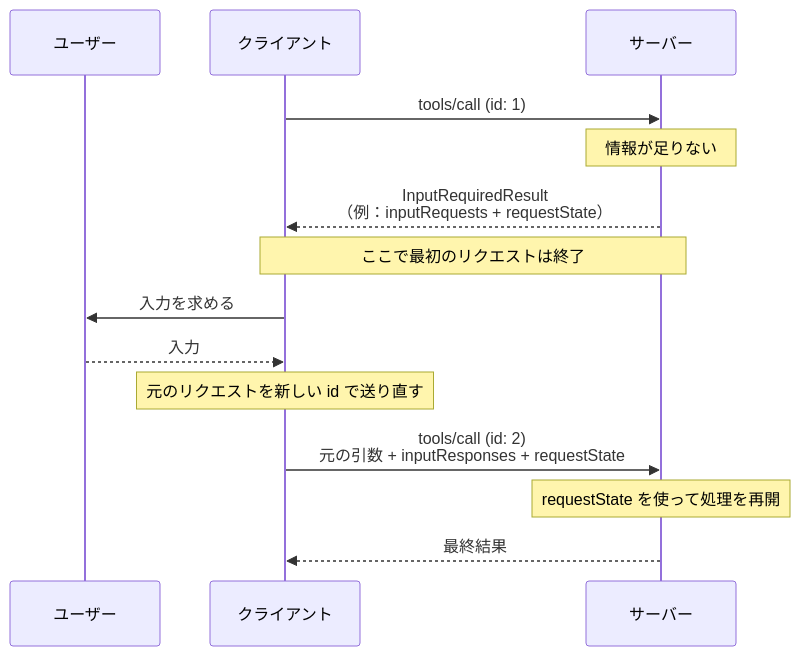
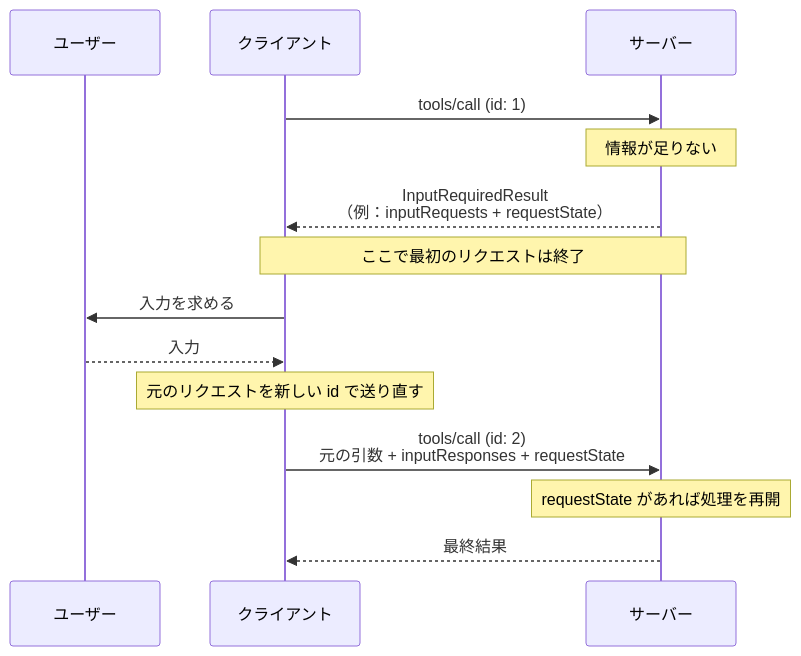
Before and after one commit to yamazaki-yuki-23/qiita-tech-blogs: the fourth of 5 diagrams in public/2026-08-mcp-2026-07-28.md, drawn with Mermaid. The commit also changed other lines of this file, not shown here.

````diff
--- a/public/2026-08-mcp-2026-07-28.md
+++ b/public/2026-08-mcp-2026-07-28.md
@@ -223,16 +237,16 @@
 ```mermaid
 sequenceDiagram
     participant U as ユーザー
     participant C as クライアント
     participant S as サーバー
     C->>S: tools/call (id: 1)
     Note over S: 情報が足りない
     S-->>C: InputRequiredResult<br/>（例：inputRequests + requestState）
     Note over C,S: ここで最初のリクエストは終了
     C->>U: 入力を求める
     U-->>C: 入力
     Note over C: 元のリクエストを新しい id で送り直す
     C->>S: tools/call (id: 2)<br/>元の引数 + inputResponses + requestState
-    Note over S: requestState を使って処理を再開
+    Note over S: requestState があれば処理を再開
     S-->>C: 最終結果
 ```
````
